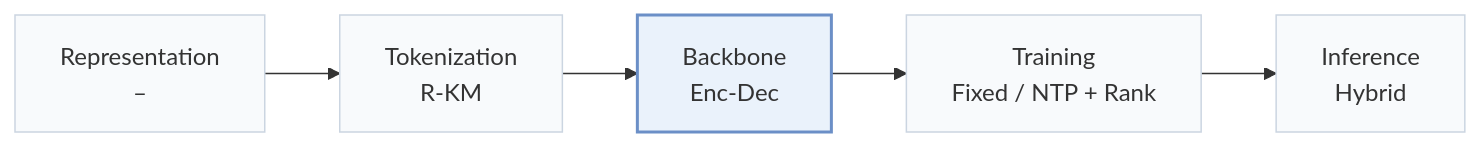
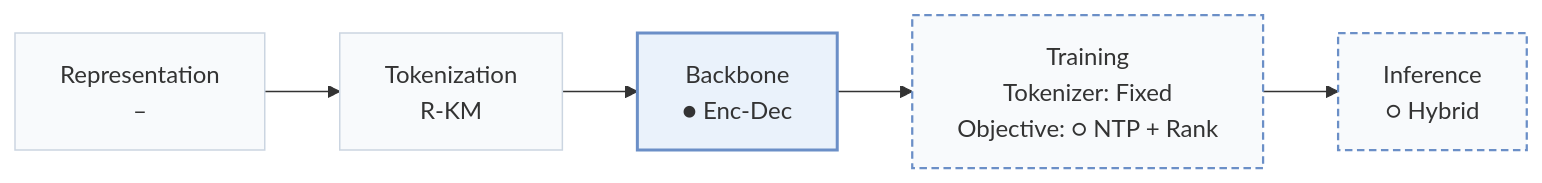
The first of 2 diagrams in pages/papers/gryphon.md (Galaxy-ghost/Awesome-SID-Generative-Rec), drawn with Mermaid before and after one commit. The commit also changed other lines of this file and 558 other files, not shown here.

````diff
--- a/pages/papers/gryphon.md
+++ b/pages/papers/gryphon.md
@@ -15,8 +18,10 @@
 ```mermaid
 flowchart LR
-    R["Representation<br/>–"] --> T["Tokenization<br/>R-KM"] --> B["Backbone<br/>Enc-Dec"] --> TR["Training<br/>Fixed / NTP + Rank"] --> I["Inference<br/>Hybrid"]
+    R["Representation<br/>–"] --> T["Tokenization<br/>R-KM"] --> B["Backbone<br/>● Enc-Dec"] --> TR["Training<br/>Tokenizer: Fixed<br/>Objective: ○ NTP + Rank"] --> I["Inference<br/>○ Hybrid"]
     classDef base fill:#f8fafc,stroke:#cbd5e1
     class R,T,B,TR,I base
+    classDef other fill:#f8fafc,stroke:#6b8fc7,stroke-width:1.5px,stroke-dasharray:5 3
+    class TR,I other
     classDef main fill:#eaf2fb,stroke:#6b8fc7,stroke-width:2px
     class B main
 ```
````
